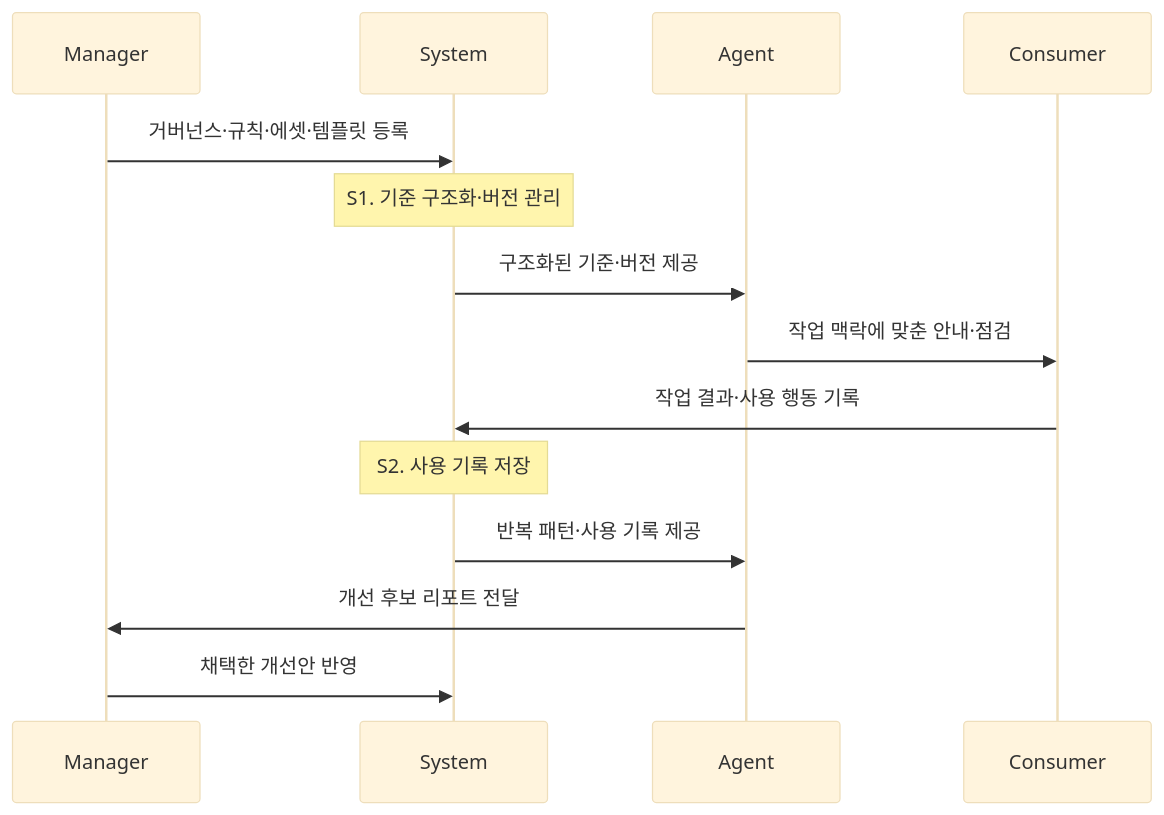
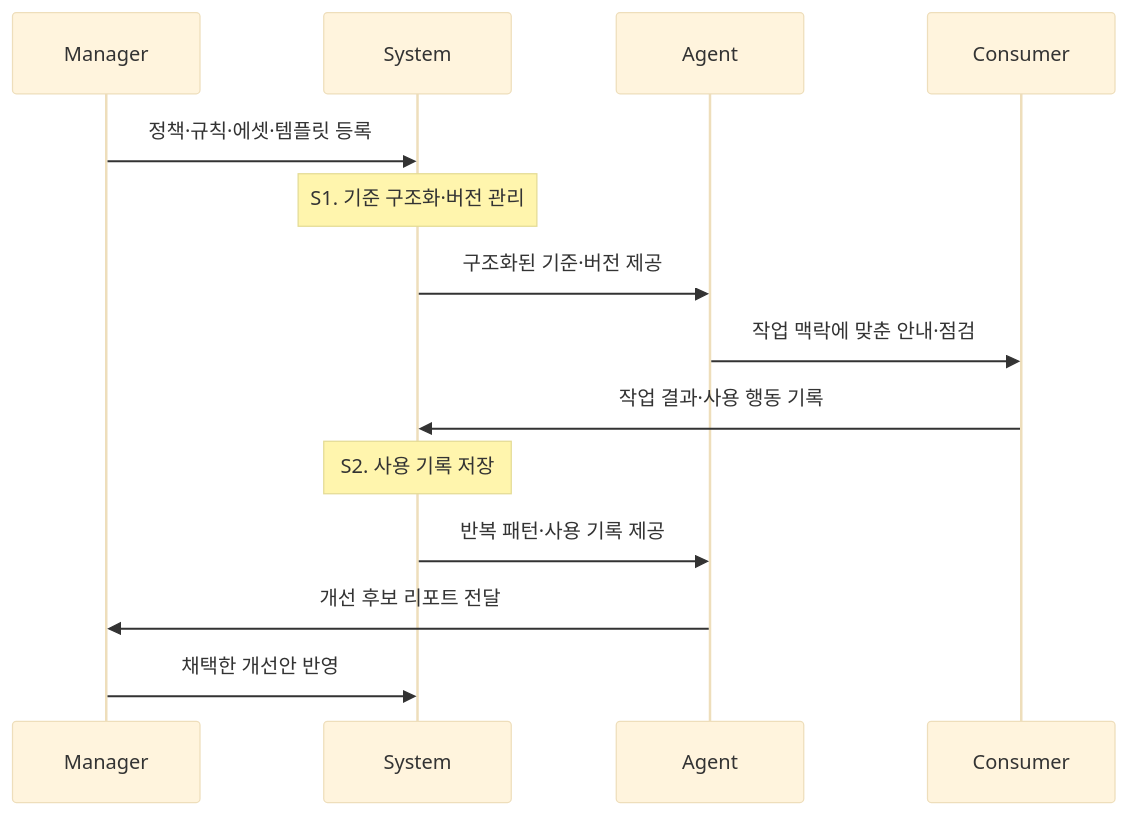
The first of 2 diagrams in docs/01-product.md (ewoooo/living-brand-system), drawn with Mermaid (base theme) before and after one commit. The commit also changed other lines of this file and 7 other files, not shown here.

````diff
--- a/docs/01-product.md
+++ b/docs/01-product.md
@@ -70,17 +70,17 @@
 ```mermaid
 sequenceDiagram
   participant M as Manager
   participant S as System
   participant A as Agent
   participant C as Consumer
 
-  M->>S: 거버넌스·규칙·에셋·템플릿 등록
+  M->>S: 정책·규칙·에셋·템플릿 등록
   Note over S: S1. 기준 구조화·버전 관리
   S->>A: 구조화된 기준·버전 제공
   A->>C: 작업 맥락에 맞춘 안내·점검
   C->>S: 작업 결과·사용 행동 기록
   Note over S: S2. 사용 기록 저장
   S->>A: 반복 패턴·사용 기록 제공
   A->>M: 개선 후보 리포트 전달
   M->>S: 채택한 개선안 반영
 ```
````
